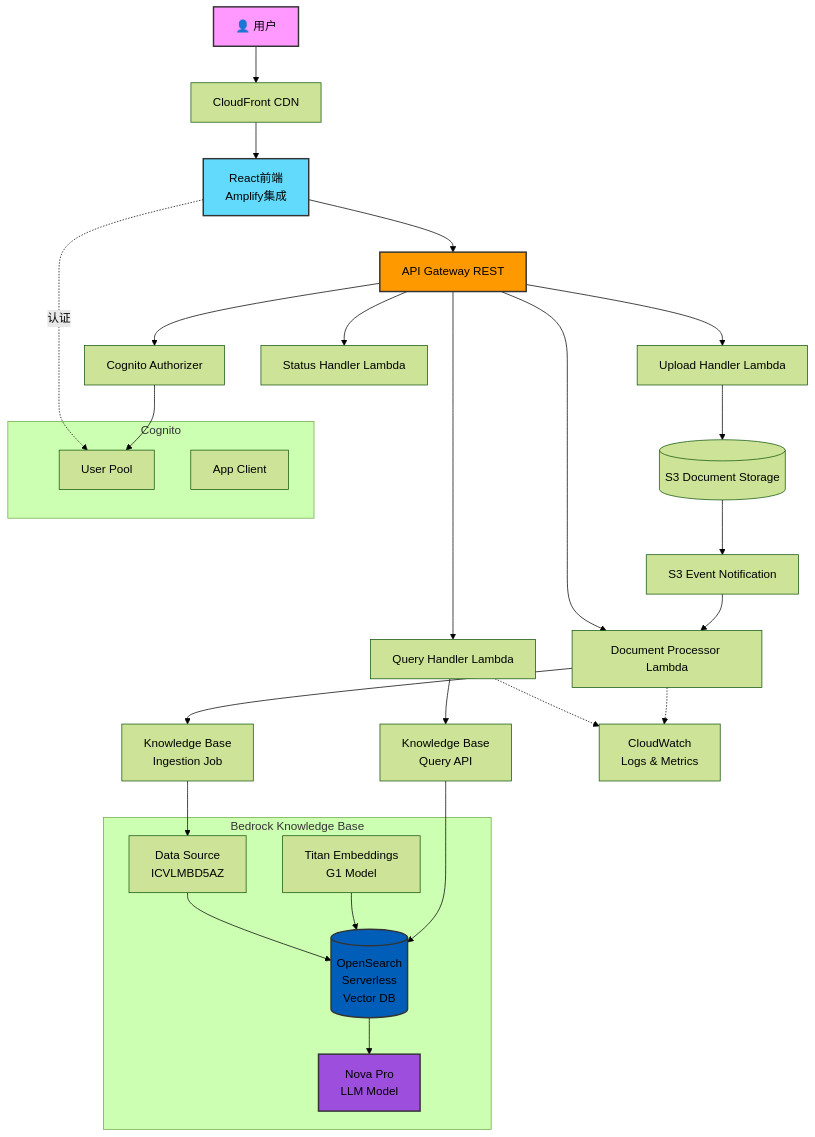
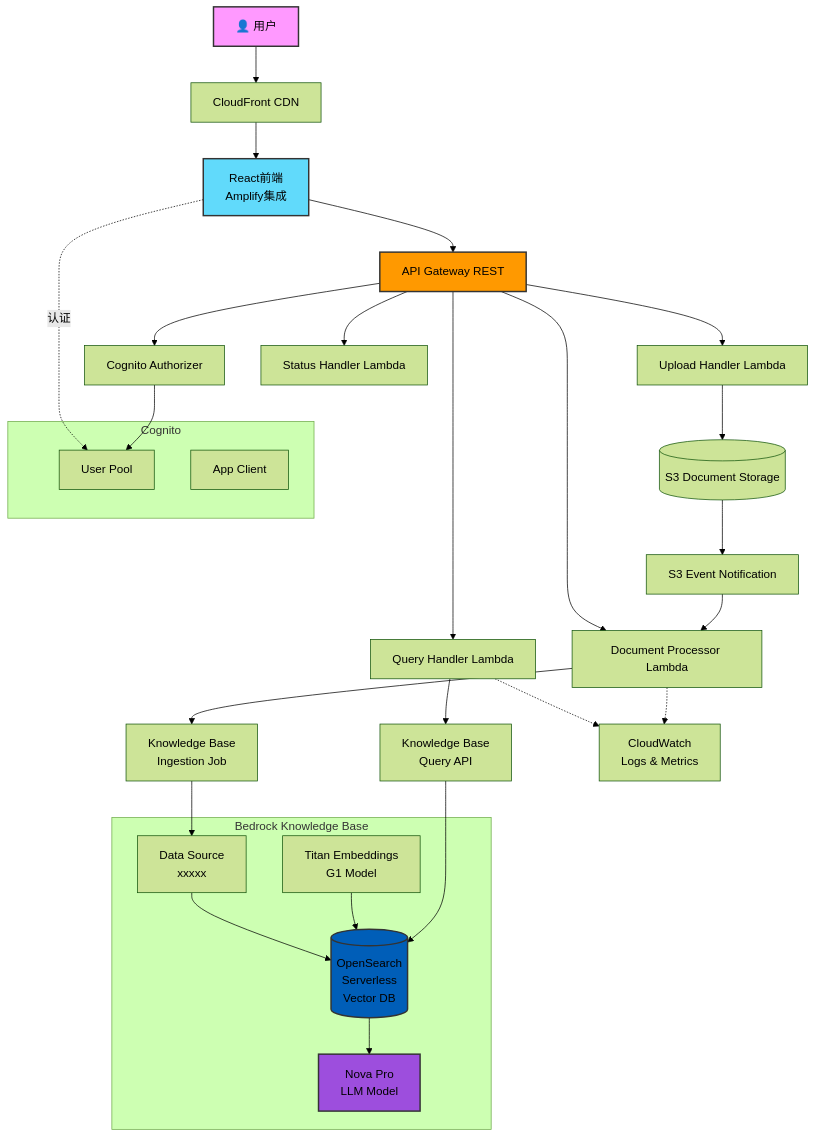
One commit to yincma/AWS-BEDROCK-RAG changed the first of 8 diagrams in README-CN.md. Above: the diagram before and after it, drawn with Mermaid (forest theme). The commit also changed other lines of this file and 1 other file, not shown here.

````diff
--- a/README-CN.md
+++ b/README-CN.md
@@ -51,59 +51,59 @@
 ```mermaid
 graph TB
     %% 用户层
     User[👤 用户] --> CF[CloudFront CDN]
     CF --> React[React前端<br/>Amplify集成]
     
     %% API层
     React --> APIGW[API Gateway REST]
     APIGW --> CogAuth[Cognito Authorizer]
     
     %% Lambda函数层
     APIGW --> QueryLambda[Query Handler Lambda]
     APIGW --> DocLambda[Document Processor Lambda]
     APIGW --> UploadLambda[Upload Handler Lambda]
     APIGW --> StatusLambda[Status Handler Lambda]
     
     %% 存储层
     UploadLambda --> S3Docs[(S3 Document Storage)]
     S3Docs --> S3Event[S3 Event Notification]
     S3Event --> DocLambda
     
     %% Bedrock Knowledge Base
     DocLambda --> KBIngest[Knowledge Base<br/>Ingestion Job]
     QueryLambda --> KBQuery[Knowledge Base<br/>Query API]
     
     subgraph Bedrock Knowledge Base
-        DataSource[Data Source<br/>ICVLMBD5AZ]
+        DataSource[Data Source<br/>xxxxx]
         OpenSearch[(OpenSearch<br/>Serverless<br/>Vector DB)]
         TitanEmbed[Titan Embeddings<br/>G1 Model]
         NovaModel[Nova Pro<br/>LLM Model]
         
         DataSource --> OpenSearch
         TitanEmbed --> OpenSearch
         OpenSearch --> NovaModel
     end
     
     KBIngest --> DataSource
     KBQuery --> OpenSearch
     
     %% 认证流
     subgraph Cognito
         UserPool[User Pool]
         AppClient[App Client]
     end
     
     React -.->|认证| UserPool
     CogAuth --> UserPool
     
     %% 监控
     CloudWatch[CloudWatch<br/>Logs & Metrics]
     QueryLambda -.-> CloudWatch
     DocLambda -.-> CloudWatch
     
     style User fill:#f9f,stroke:#333,stroke-width:2px
     style React fill:#61dafb,stroke:#333,stroke-width:2px
     style APIGW fill:#ff9900,stroke:#333,stroke-width:2px
     style OpenSearch fill:#005EB8,stroke:#333,stroke-width:2px
     style NovaModel fill:#9d4edd,stroke:#333,stroke-width:2px
 ```
````
